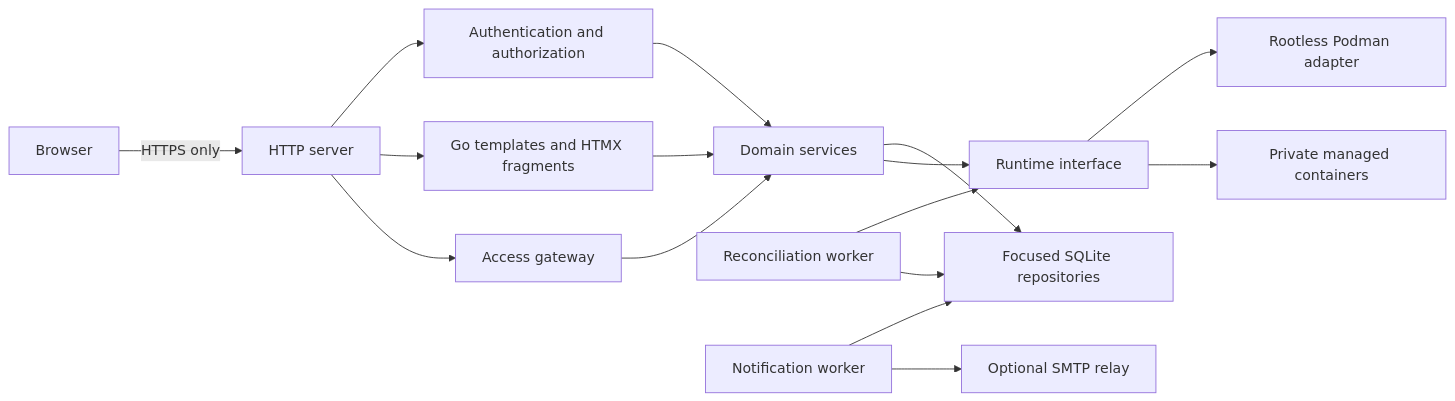
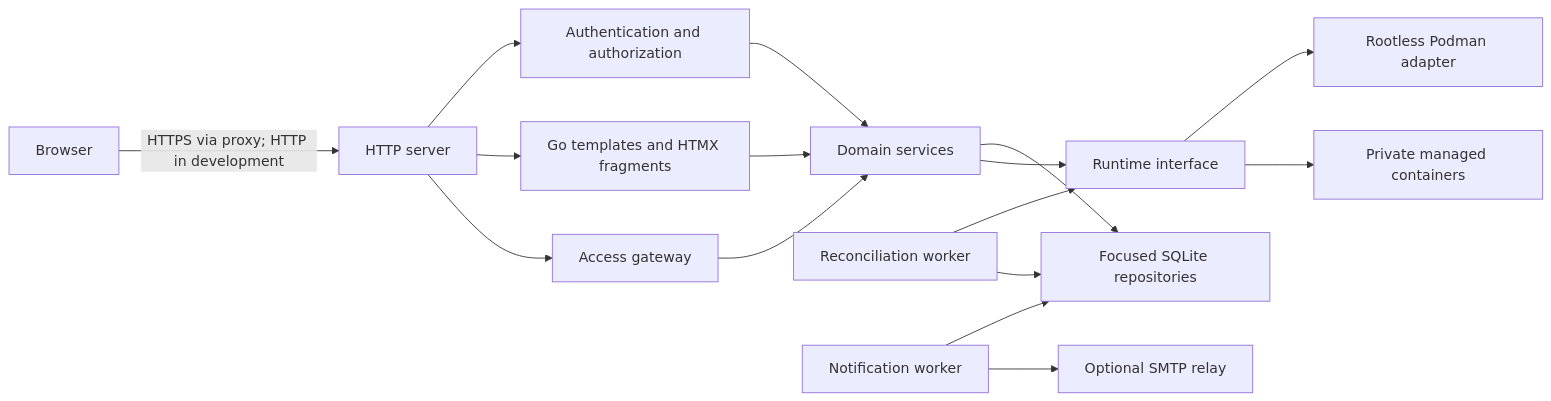
The first of 2 diagrams in ARCHITECTURE.md (MrHighVoltage/COWS), drawn with Mermaid before and after one commit. The commit also changed other lines of this file and 22 other files, not shown here.

````diff
--- a/ARCHITECTURE.md
+++ b/ARCHITECTURE.md
@@ -11,18 +11,18 @@
 ```mermaid
 flowchart LR
-    Browser[Browser] -->|HTTPS only| HTTP[HTTP server]
+    Browser[Browser] -->|HTTPS via proxy; HTTP in development| HTTP[HTTP server]
     HTTP --> Auth[Authentication and authorization]
     HTTP --> Web[Go templates and HTMX fragments]
     HTTP --> Access[Access gateway]
     Auth --> Services[Domain services]
     Web --> Services
     Access --> Services
     Services --> Repo[Focused SQLite repositories]
     Services --> Runtime[Runtime interface]
     Runtime --> Podman[Rootless Podman adapter]
     Runtime --> Container[Private managed containers]
     Reconcile[Reconciliation worker] --> Runtime
     Reconcile --> Repo
     Notify[Notification worker] --> Repo
     Notify --> SMTP[Optional SMTP relay]
 ```
````
